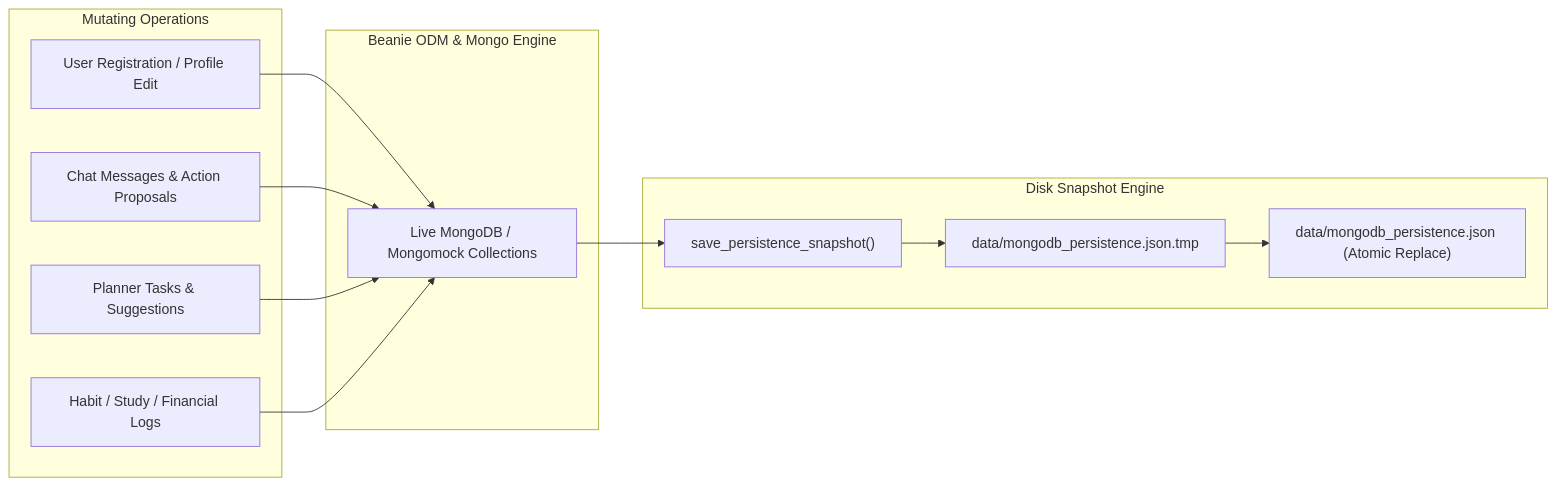
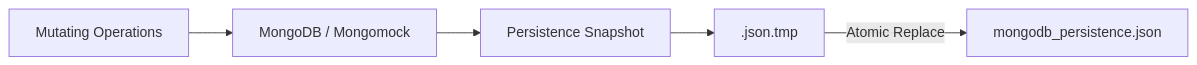
The ninth of 11 diagrams in docs/system_architecture.md (notysozu/AI-Based-Visual-Risk-and-Compliance-Intelligence-System), drawn with Mermaid before and after one commit. The commit also changed other lines of this file, not shown here.

First line of the commit message:
Refactor system architecture documentation for clarity

````diff
--- a/docs/system_architecture.md
+++ b/docs/system_architecture.md
@@ -335,27 +207,13 @@
 ```mermaid
 flowchart LR
-  subgraph Operations["Mutating Operations"]
-    O1["User Registration / Profile Edit"]
-    O2["Chat Messages & Action Proposals"]
-    O3["Planner Tasks & Suggestions"]
-    O4["Habit / Study / Financial Logs"]
-  end
+    Operations["Mutating Operations"]
+    Mongo["MongoDB / Mongomock"]
+    Snapshot["Persistence Snapshot"]
+    Temp[".json.tmp"]
+    Final["mongodb_persistence.json"]
 
-  subgraph Ingest["Beanie ODM & Mongo Engine"]
-    B1["Live MongoDB / Mongomock Collections"]
-  end
-
-  subgraph PersistenceStore["Disk Snapshot Engine"]
-    S1["save_persistence_snapshot()"]
-    S2["data/mongodb_persistence.json.tmp"]
-    S3["data/mongodb_persistence.json (Atomic Replace)"]
-  end
-
-  O1 --> B1
-  O2 --> B1
-  O3 --> B1
-  O4 --> B1
-  B1 --> S1
-  S1 --> S2
-  S2 --> S3
+    Operations --> Mongo
+    Mongo --> Snapshot
+    Snapshot --> Temp
+    Temp -->|Atomic Replace| Final
 ```
````
